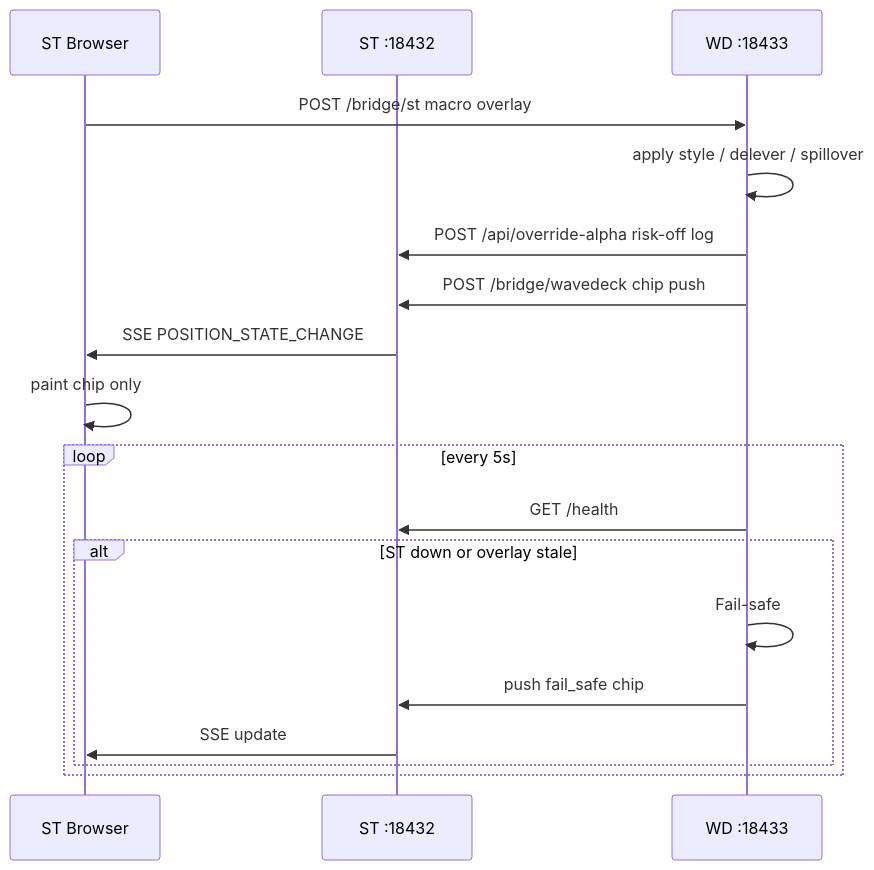
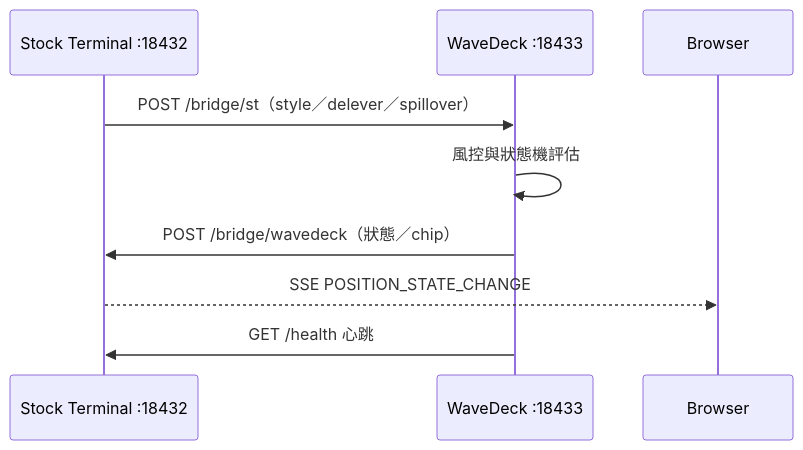
One commit to SamHuang68/AI_Stock changed the seventh of 8 diagrams in README.md. Above: the diagram before and after it, drawn with Mermaid. The commit also changed other lines of this file and 160 other files, not shown here.

Commit message:
Release Stock Terminal v5 private web and volume integrity

````diff
--- a/README.md
+++ b/README.md
@@ -159,22 +382,12 @@
 ```mermaid
 sequenceDiagram
-  participant UI as ST Browser
-  participant ST as ST :18432
-  participant WD as WD :18433
+  participant ST as Stock Terminal :18432
+  participant WD as WaveDeck :18433
+  participant UI as Browser
 
-  UI->>WD: POST /bridge/st macro overlay
-  WD->>WD: apply style / delever / spillover
-  WD->>ST: POST /api/override-alpha risk-off log
-  WD->>ST: POST /bridge/wavedeck chip push
-  ST->>UI: SSE POSITION_STATE_CHANGE
-  UI->>UI: paint chip only
-
-  loop every 5s
-    WD->>ST: GET /health
-    alt ST down or overlay stale
-      WD->>WD: Fail-safe
-      WD->>ST: push fail_safe chip
-      ST->>UI: SSE update
-    end
-  end
+  ST->>WD: POST /bridge/st（style／delever／spillover）
+  WD->>WD: 風控與狀態機評估
+  WD->>ST: POST /bridge/wavedeck（狀態／chip）
+  ST-->>UI: SSE POSITION_STATE_CHANGE
+  WD->>ST: GET /health 心跳
 ```
````
